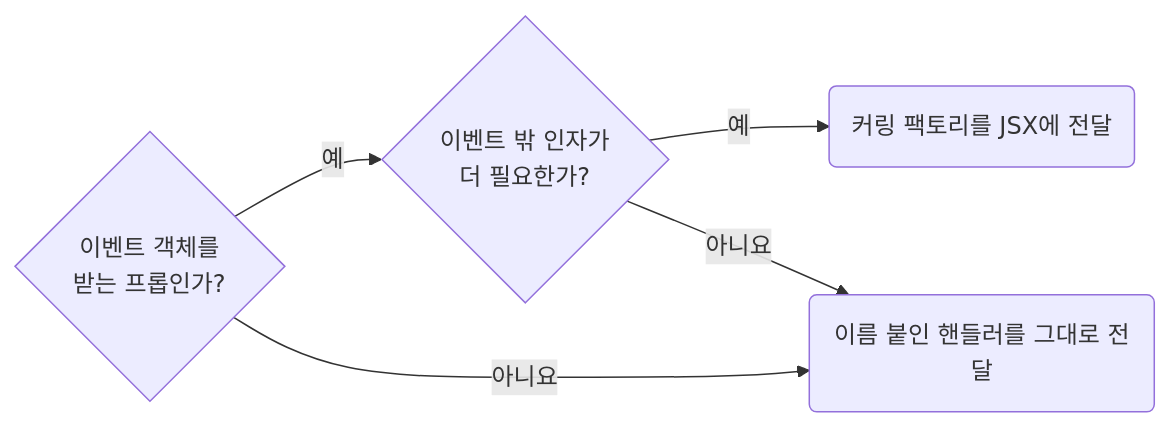
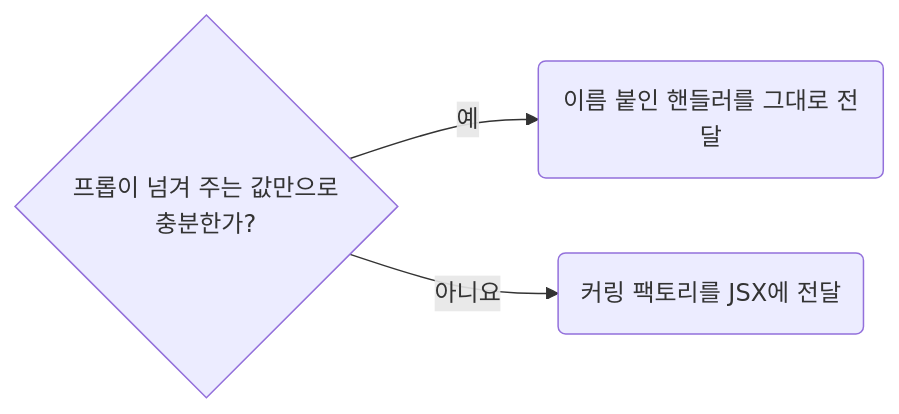
The diagram in skill/react/contracts/events-curry-extra-handler-arguments.md (nomeehej/agent-conventions), drawn with Mermaid before and after one commit. The commit also changed other lines of this file and 108 other files, not shown here.

````diff
--- a/skill/react/contracts/events-curry-extra-handler-arguments.md
+++ b/skill/react/contracts/events-curry-extra-handler-arguments.md
@@ -9,6 +9,5 @@
 ```mermaid
 flowchart LR
-	q1{"이벤트 객체를<br>받는 프롭인가?"} -- 예 --> q2{"이벤트 밖 인자가<br>더 필요한가?"} -- 예 --> r2("커링 팩토리를 JSX에 전달")
-	q1 -- 아니요 --> r1("이름 붙인 핸들러를 그대로 전달")
-	q2 -- 아니요 --> r1
+	q1{"프롭이 넘겨 주는 값만으로<br>충분한가?"} -- 예 --> r1("이름 붙인 핸들러를 그대로 전달")
+	q1 -- 아니요 --> r2("커링 팩토리를 JSX에 전달")
 ```
````
